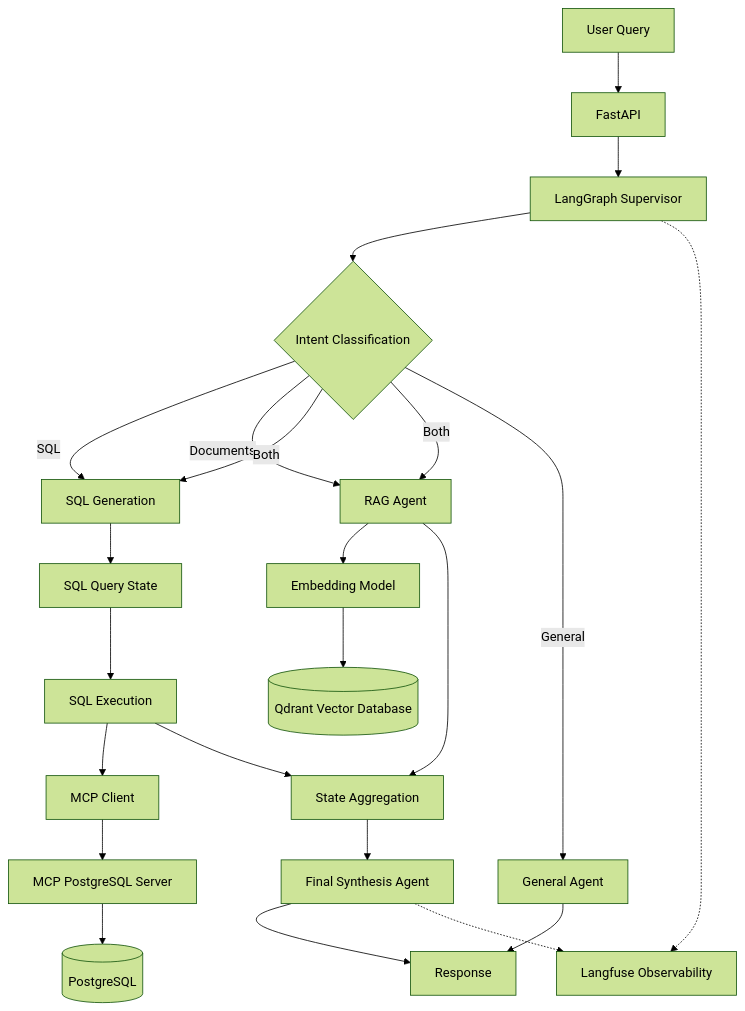
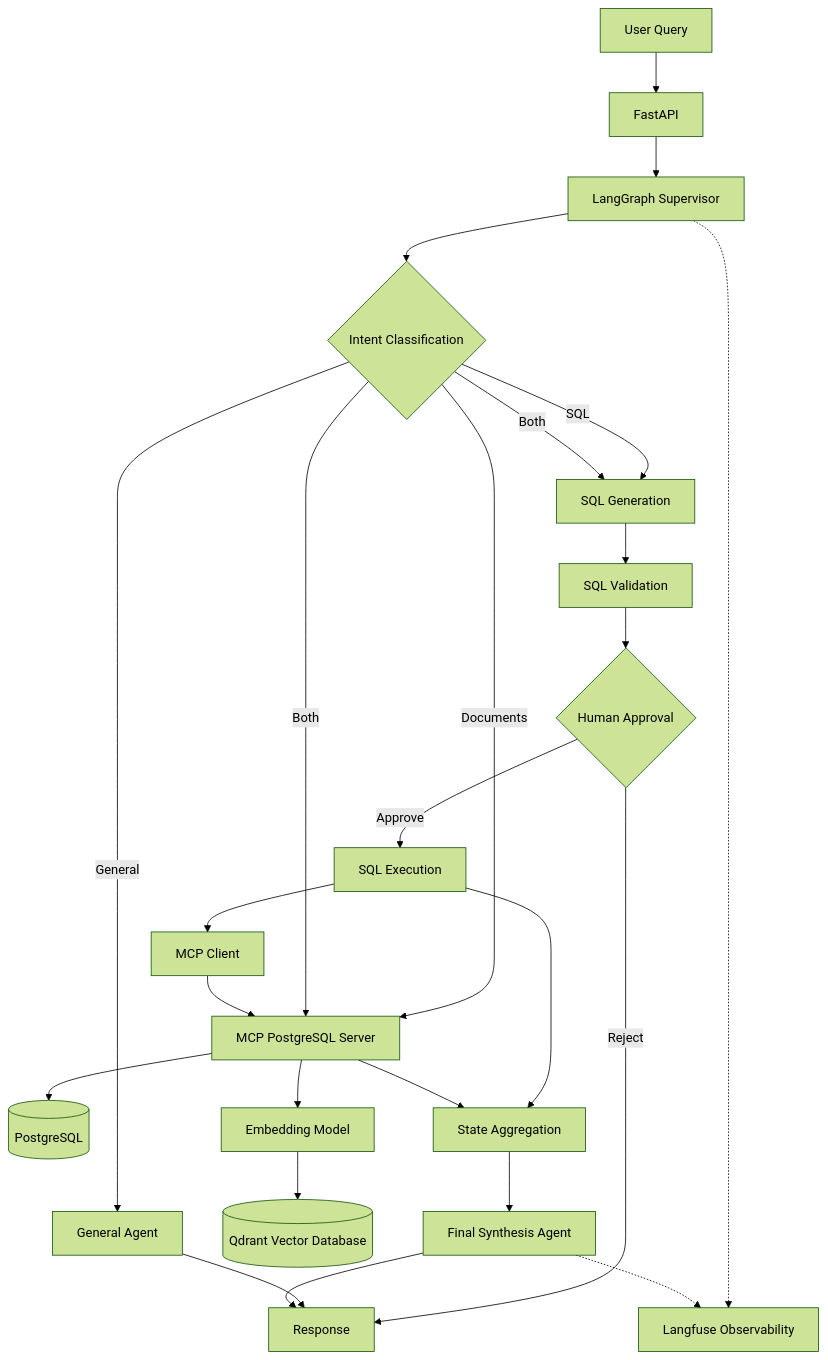
One commit to ajtiwari1/DataNexus-AI changed the diagram in README.md. Above: the diagram before and after it, drawn with Mermaid (forest theme). The commit also changed other lines of this file and 10 other files, not shown here.

````diff
--- a/README.md
+++ b/README.md
@@ -30,32 +30,34 @@
 ```mermaid
 flowchart TD
     A[User Query] --> B[FastAPI]
     B --> C[LangGraph Supervisor]
 
     C --> D{Intent Classification}
 
     D -->|SQL| E[SQL Generation]
     D -->|Documents| J[RAG Agent]
     D -->|Both| E
     D -->|Both| J
     D -->|General| K[General Agent]
 
-    E --> F[SQL Query State]
-    F --> G[SQL Execution]
-    G --> H[MCP Client]
-    H --> I[MCP PostgreSQL Server]
-    I --> L[(PostgreSQL)]
+    E --> F[SQL Validation]
+    F --> G{Human Approval}
+    G -->|Approve| H[SQL Execution]
+    G -->|Reject| Q[Response]
+    H --> I[MCP Client]
+    I --> J[MCP PostgreSQL Server]
+    J --> L[(PostgreSQL)]
 
     J --> M[Embedding Model]
     M --> N[(Qdrant Vector Database)]
 
-    G --> O[State Aggregation]
+    H --> O[State Aggregation]
     J --> O
     O --> P[Final Synthesis Agent]
 
     K --> Q[Response]
     P --> Q
 
     C -.-> R[Langfuse Observability]
     P -.-> R
 ```
````
